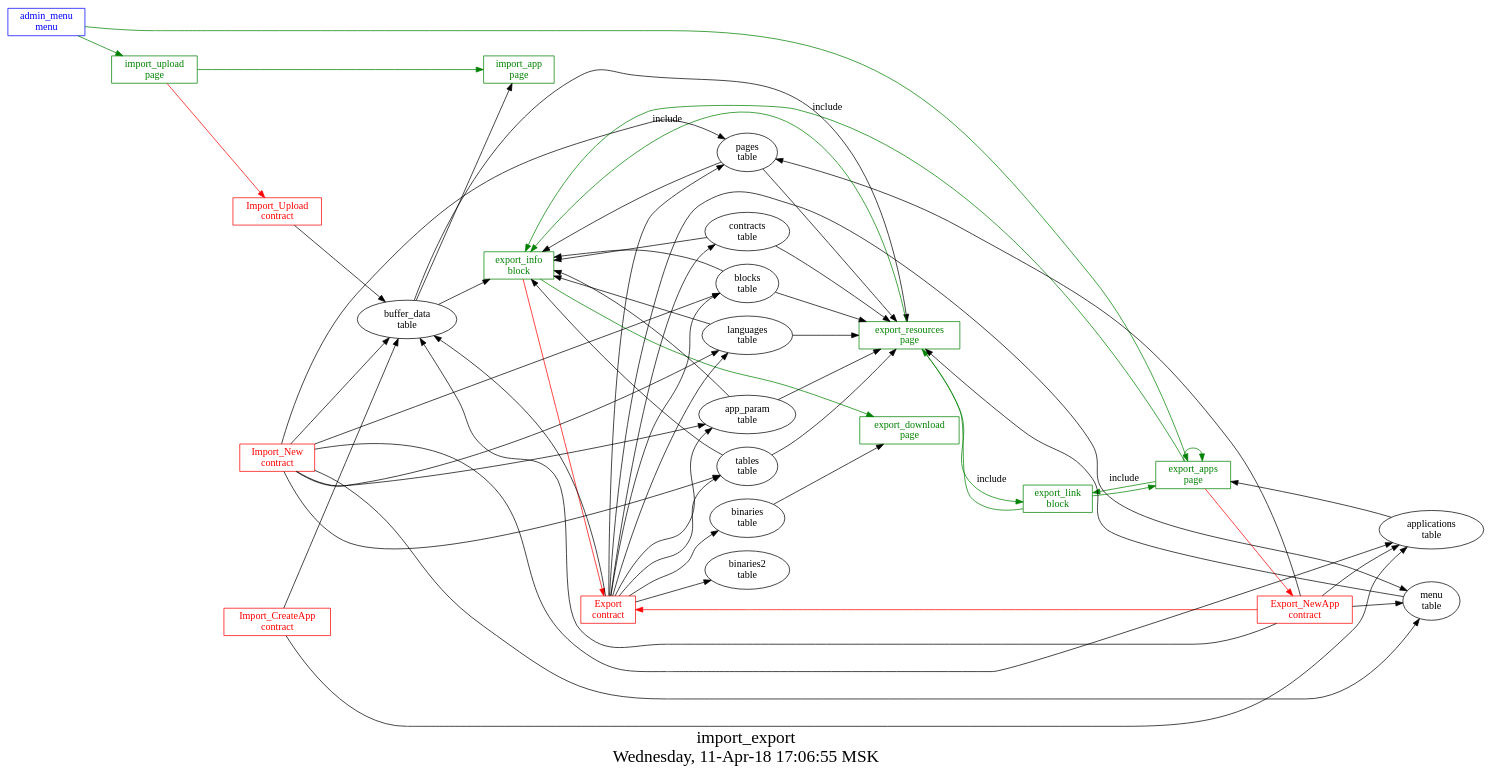
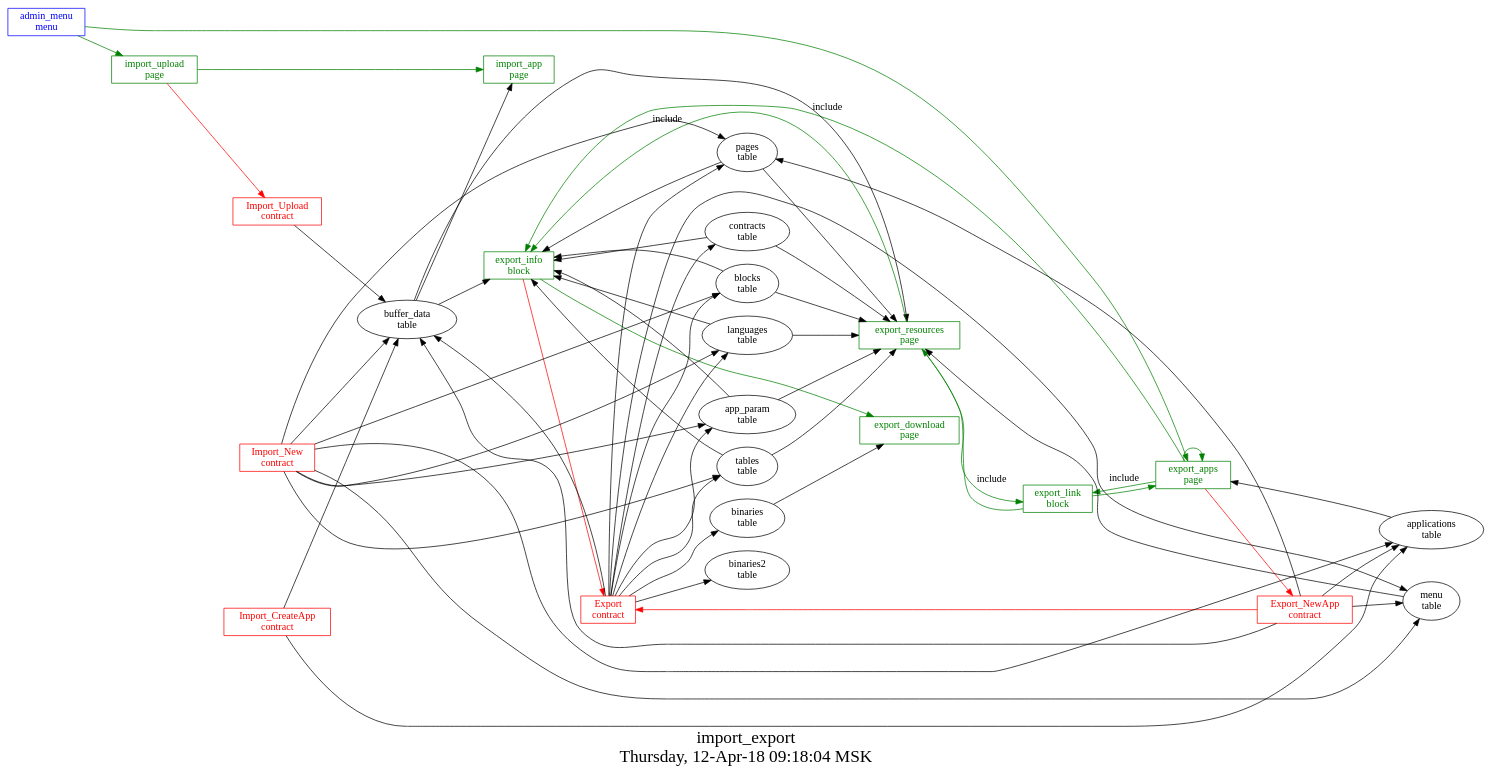
Before and after one commit to AplaProject/apps: the diagram in src/import_export/struct.dot, drawn with Graphviz. The commit also changed 2 other files, not shown here.

Commit message:
fixed import call

```diff
--- a/src/import_export/struct.dot
+++ b/src/import_export/struct.dot
@@ -1,83 +1,83 @@
 digraph G {
 graph [
   fontsize="24";
-  label="import_export\nWednesday, 11-Apr-18 17:06:55 MSK";
+  label="import_export\nThursday, 12-Apr-18 09:18:04 MSK";
   nojustify=true;
   ordering=out;
   rankdir=LR;
   size="30";
 ];
 "admin_menu\nmenu" -> "import_upload\npage"  [ color=green ]
 "admin_menu\nmenu" -> "export_apps\npage"  [ color=green ]
 "admin_menu\nmenu" [color=blue, fontcolor=blue, group=menus, shape=record];
 "export_apps\npage" -> "Export_NewApp\ncontract"  [ color=red ]
 "applications\ntable" -> "export_apps\npage"  [ color="" ]
 "export_apps\npage" -> "export_apps\npage"  [ color=green ]
 "export_apps\npage" -> "export_link\nblock"  [ color=green, label=include ]
 "export_apps\npage" -> "export_info\nblock"  [ color=green, label=include ]
 "export_apps\npage" [color=green, fontcolor=green, group=pages, shape=record];
 "binaries\ntable" -> "export_download\npage"  [ color="" ]
 "export_download\npage" [color=green, fontcolor=green, group=pages, shape=record];
 "buffer_data\ntable" -> "export_resources\npage"  [ color="" ]
 "pages\ntable" -> "export_resources\npage"  [ color="" ]
 "blocks\ntable" -> "export_resources\npage"  [ color="" ]
 "menu\ntable" -> "export_resources\npage"  [ color="" ]
 "app_param\ntable" -> "export_resources\npage"  [ color="" ]
 "languages\ntable" -> "export_resources\npage"  [ color="" ]
 "contracts\ntable" -> "export_resources\npage"  [ color="" ]
 "tables\ntable" -> "export_resources\npage"  [ color="" ]
 "export_resources\npage" -> "export_link\nblock"  [ color=green, label=include ]
 "export_resources\npage" -> "export_info\nblock"  [ color=green, label=include ]
 "export_resources\npage" [color=green, fontcolor=green, group=pages, shape=record];
 "buffer_data\ntable" -> "import_app\npage"  [ color="" ]
 "import_app\npage" [color=green, fontcolor=green, group=pages, shape=record];
 "import_upload\npage" -> "Import_Upload\ncontract"  [ color=red ]
 "import_upload\npage" -> "import_app\npage"  [ color=green ]
 "import_upload\npage" [color=green, fontcolor=green, group=pages, shape=record];
 "export_info\nblock" -> "Export\ncontract"  [ color=red ]
 "buffer_data\ntable" -> "export_info\nblock"  [ color="" ]
 "pages\ntable" -> "export_info\nblock"  [ color="" ]
 "blocks\ntable" -> "export_info\nblock"  [ color="" ]
 "app_param\ntable" -> "export_info\nblock"  [ color="" ]
 "languages\ntable" -> "export_info\nblock"  [ color="" ]
 "contracts\ntable" -> "export_info\nblock"  [ color="" ]
 "tables\ntable" -> "export_info\nblock"  [ color="" ]
 "export_info\nblock" -> "export_download\npage"  [ color=green ]
 "export_info\nblock" [color=green, fontcolor=green, group=blocks, shape=record];
 "export_link\nblock" -> "export_apps\npage"  [ color=green ]
 "export_link\nblock" -> "export_resources\npage"  [ color=green ]
 "export_link\nblock" [color=green, fontcolor=green, group=blocks, shape=record];
 "Export\ncontract" -> "buffer_data\ntable"  [ color="" ]
 "Export\ncontract" -> "pages\ntable"  [ color="" ]
 "Export\ncontract" -> "menu\ntable"  [ color="" ]
 "Export\ncontract" -> "contracts\ntable"  [ color="" ]
 "Export\ncontract" -> "blocks\ntable"  [ color="" ]
 "Export\ncontract" -> "languages\ntable"  [ color="" ]
 "Export\ncontract" -> "app_param\ntable"  [ color="" ]
 "Export\ncontract" -> "tables\ntable"  [ color="" ]
 "Export\ncontract" -> "binaries\ntable"  [ color="" ]
 "Export\ncontract" -> "binaries2\ntable"  [ color="" ]
 "Export\ncontract" [color=red, fontcolor=red, group=contracts, shape=record];
 "Export_NewApp\ncontract" -> "Export\ncontract"  [ color=red ]
 "Export_NewApp\ncontract" -> "applications\ntable"  [ color="" ]
 "Export_NewApp\ncontract" -> "pages\ntable"  [ color="" ]
 "Export_NewApp\ncontract" -> "menu\ntable"  [ color="" ]
 "Export_NewApp\ncontract" -> "buffer_data\ntable"  [ color="" ]
 "Export_NewApp\ncontract" [color=red, fontcolor=red, group=contracts, shape=record];
 "Import_CreateApp\ncontract" -> "buffer_data\ntable"  [ color="" ]
 "Import_CreateApp\ncontract" -> "applications\ntable"  [ color="" ]
 "Import_CreateApp\ncontract" [color=red, fontcolor=red, group=contracts, shape=record];
 "Import_New\ncontract" -> "buffer_data\ntable"  [ color="" ]
 "Import_New\ncontract" -> "applications\ntable"  [ color="" ]
 "Import_New\ncontract" -> "pages\ntable"  [ color="" ]
 "Import_New\ncontract" -> "blocks\ntable"  [ color="" ]
 "Import_New\ncontract" -> "menu\ntable"  [ color="" ]
 "Import_New\ncontract" -> "app_param\ntable"  [ color="" ]
 "Import_New\ncontract" -> "languages\ntable"  [ color="" ]
 "Import_New\ncontract" -> "tables\ntable"  [ color="" ]
 "Import_New\ncontract" [color=red, fontcolor=red, group=contracts, shape=record];
 "Import_Upload\ncontract" -> "buffer_data\ntable"  [ color="" ]
 "Import_Upload\ncontract" [color=red, fontcolor=red, group=contracts, shape=record];
 "binaries2\ntable" [color="", fontcolor="", group=tables, shape=""];
 "buffer_data\ntable" [color="", fontcolor="", group=tables, shape=""];
 }
```
